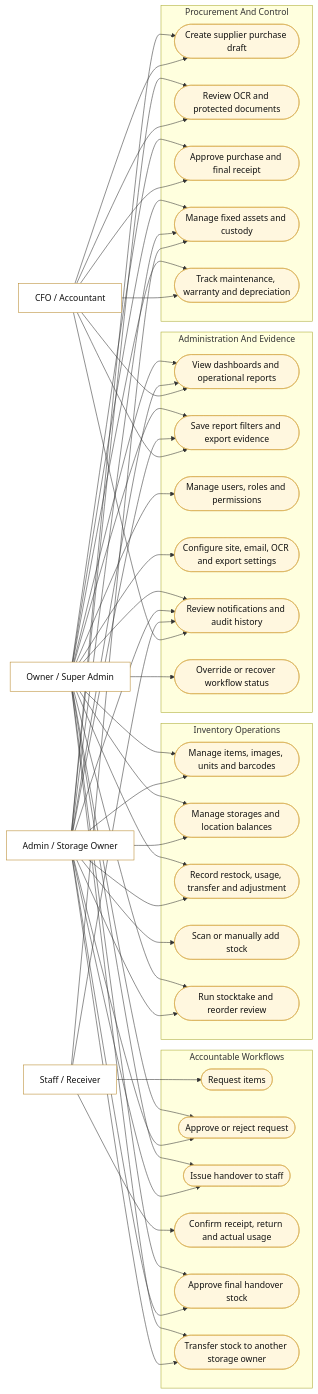
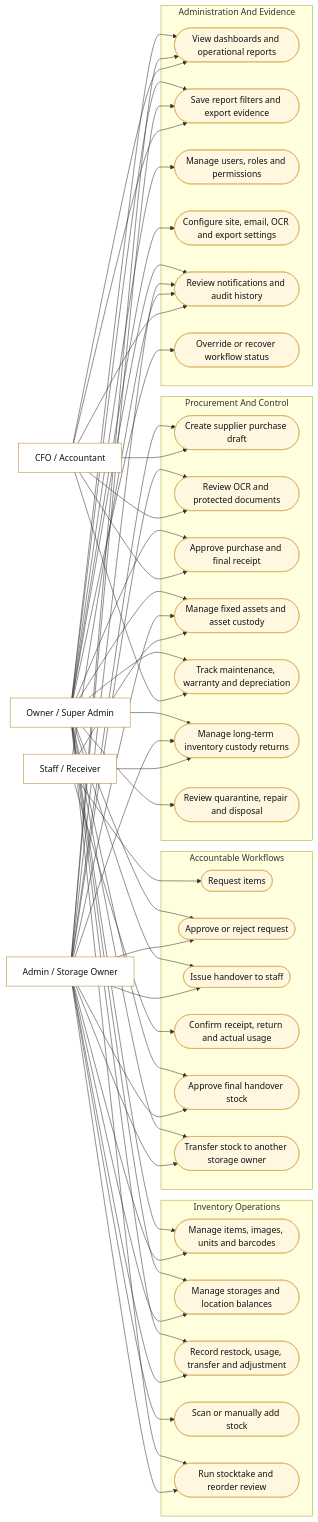
One commit to AhmadDalao/inventory changed the fifth of 5 diagrams in docs/system-diagrams.md. Above: the diagram before and after it, drawn with Mermaid. The commit also changed other lines of this file and 4 other files, not shown here.

````diff
--- a/docs/system-diagrams.md
+++ b/docs/system-diagrams.md
@@ -183,8 +262,10 @@
         UC12(["Create supplier purchase draft"])
         UC13(["Review OCR and protected documents"])
         UC14(["Approve purchase and final receipt"])
-        UC15(["Manage fixed assets and custody"])
+        UC15(["Manage fixed assets and asset custody"])
         UC16(["Track maintenance, warranty and depreciation"])
+        UC23(["Manage long-term inventory custody returns"])
+        UC24(["Review quarantine, repair and disposal"])
     end
 
     subgraph ADMINISTRATION["Administration And Evidence"]
@@ -207,6 +288,8 @@
     OWNER --> UC14
     OWNER --> UC15
     OWNER --> UC16
+    OWNER --> UC23
+    OWNER --> UC24
     OWNER --> UC17
     OWNER --> UC18
     OWNER --> UC19
@@ -226,6 +309,7 @@
     STORAGE --> UC12
     STORAGE --> UC13
     STORAGE --> UC15
+    STORAGE --> UC23
     STORAGE --> UC17
     STORAGE --> UC18
     STORAGE --> UC21
@@ -233,6 +317,7 @@
     STAFF --> UC6
     STAFF --> UC9
     STAFF --> UC15
+    STAFF --> UC23
     STAFF --> UC21
 
     FINANCE --> UC12
@@ -246,5 +331,5 @@
     classDef actor fill:#fff,stroke:#b8892d,color:#111,stroke-width:1px;
     classDef usecase fill:#fff7df,stroke:#d8ae52,color:#111;
     class OWNER,STORAGE,STAFF,FINANCE actor;
-    class UC1,UC2,UC3,UC4,UC5,UC6,UC7,UC8,UC9,UC10,UC11,UC12,UC13,UC14,UC15,UC16,UC17,UC18,UC19,UC20,UC21,UC22 usecase;
+    class UC1,UC2,UC3,UC4,UC5,UC6,UC7,UC8,UC9,UC10,UC11,UC12,UC13,UC14,UC15,UC16,UC17,UC18,UC19,UC20,UC21,UC22,UC23,UC24 usecase;
 ```
````
